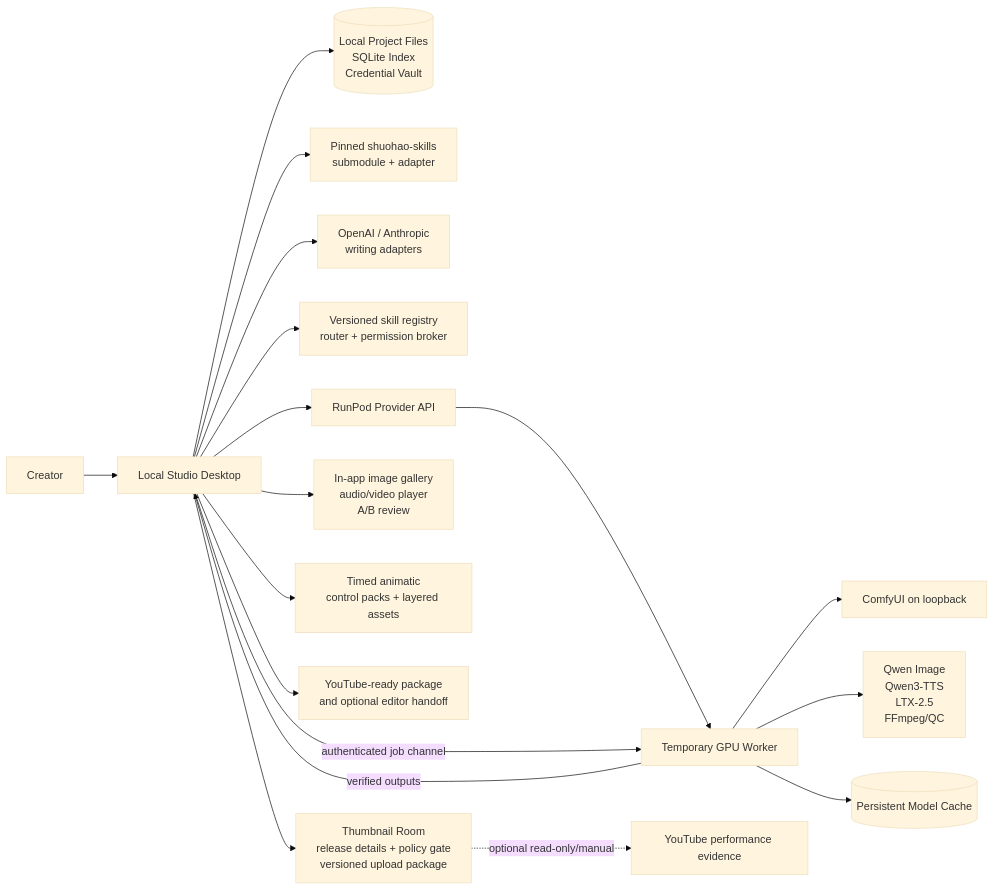
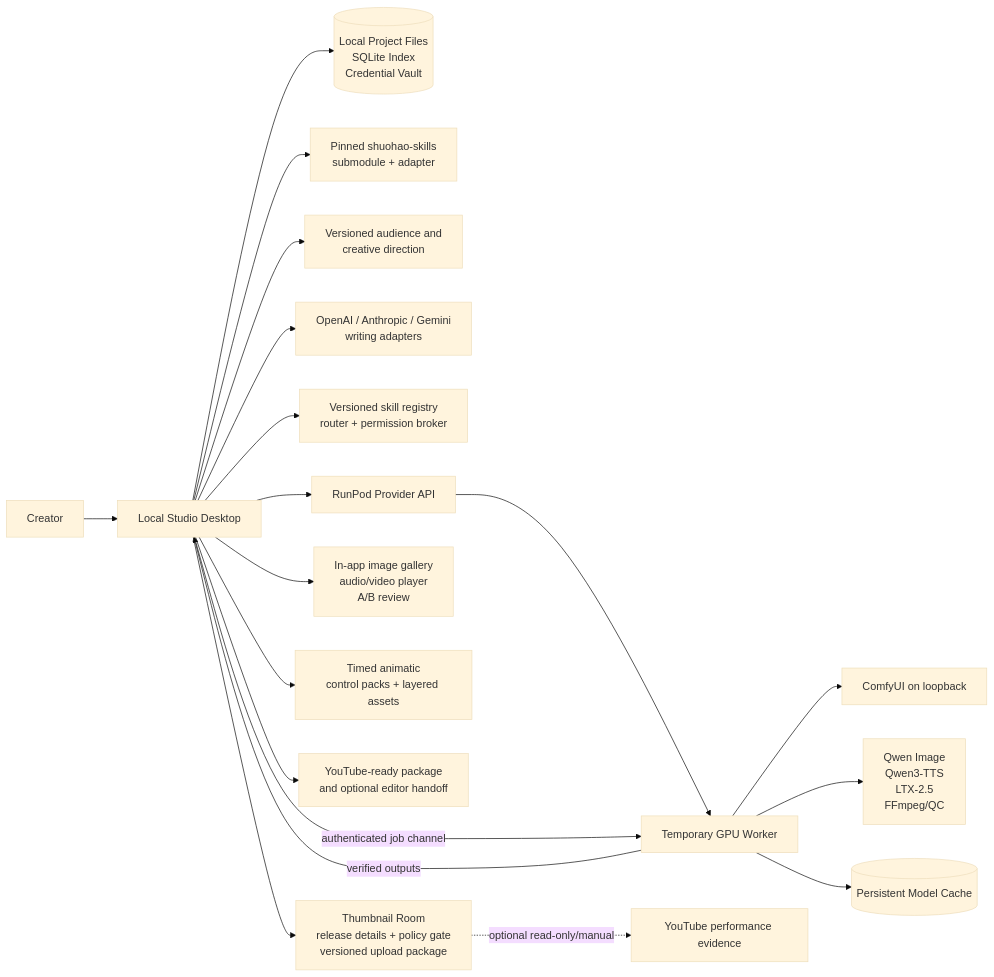
The first of 3 diagrams in docs/ARCHITECTURE.md (sagesta/animated-series-worker), drawn with Mermaid (base theme) before and after one commit. The commit also changed other lines of this file and 48 other files, not shown here.

````diff
--- a/docs/ARCHITECTURE.md
+++ b/docs/ARCHITECTURE.md
@@ -22,20 +23,21 @@
 ```mermaid
 flowchart LR
     Creator[Creator] --> Desktop[Local Studio Desktop]
     Desktop --> LocalStore[(Local Project Files\nSQLite Index\nCredential Vault)]
     Desktop --> Upstream[Pinned shuohao-skills\nsubmodule + adapter]
-    Desktop --> Writing[OpenAI / Anthropic\nwriting adapters]
+    Desktop --> Direction[Versioned audience and\ncreative direction]
+    Desktop --> Writing[OpenAI / Anthropic / Gemini\nwriting adapters]
     Desktop --> Skills[Versioned skill registry\nrouter + permission broker]
     Desktop --> Provider[RunPod Provider API]
     Provider --> Worker[Temporary GPU Worker]
     Desktop -->|authenticated job channel| Worker
     Worker --> Comfy[ComfyUI on loopback]
     Worker --> Engines[Qwen Image\nQwen3-TTS\nLTX-2.5\nFFmpeg/QC]
     Worker --> Cache[(Persistent Model Cache)]
     Worker -->|verified outputs| Desktop
     Desktop --> Review[In-app image gallery\naudio/video player\nA/B review]
     Desktop --> Previz[Timed animatic\ncontrol packs + layered assets]
     Desktop --> Export[YouTube-ready package\nand optional editor handoff]
     Desktop --> Release[Thumbnail Room\nrelease details + policy gate\nversioned upload package]
     Release -. optional read-only/manual .-> Analytics[YouTube performance evidence]
 ```
````
